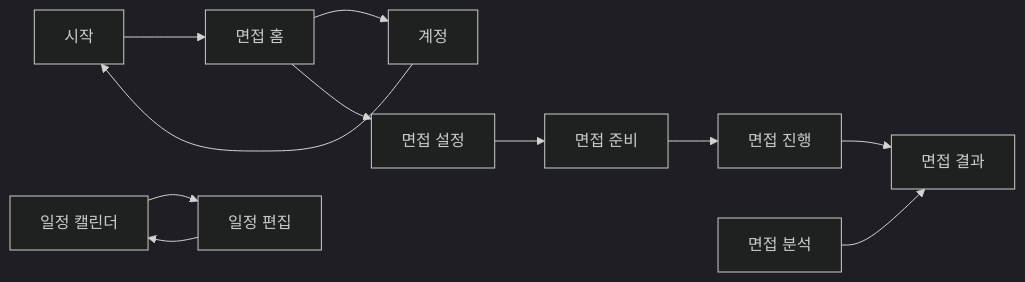
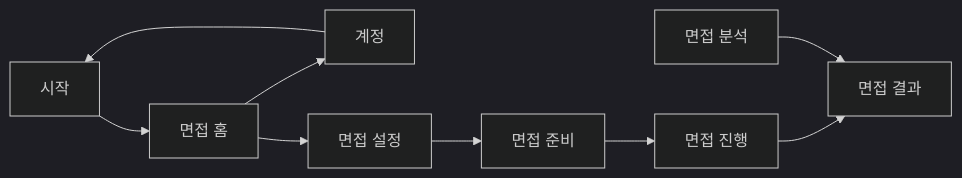
One commit to znak99/JEC-FirstStepToCareer changed the diagram in docs/ui-design/SITE_MAP.md. Above: the diagram before and after it, drawn with Mermaid (dark theme). The commit also changed other lines of this file and 5 other files, not shown here.

````diff
--- a/docs/ui-design/SITE_MAP.md
+++ b/docs/ui-design/SITE_MAP.md
@@ -39,8 +37,7 @@
 ```mermaid
 flowchart LR
   S00[시작] --> S01[면접 홈]
   S01 --> S09[계정] --> S00
   S01 --> S02[면접 설정] --> S03[면접 준비] --> S04[면접 진행] --> S05[면접 결과]
-  S06[일정 캘린더] --> S07[일정 편집] --> S06
   S08[면접 분석] --> S05
 ```
````
